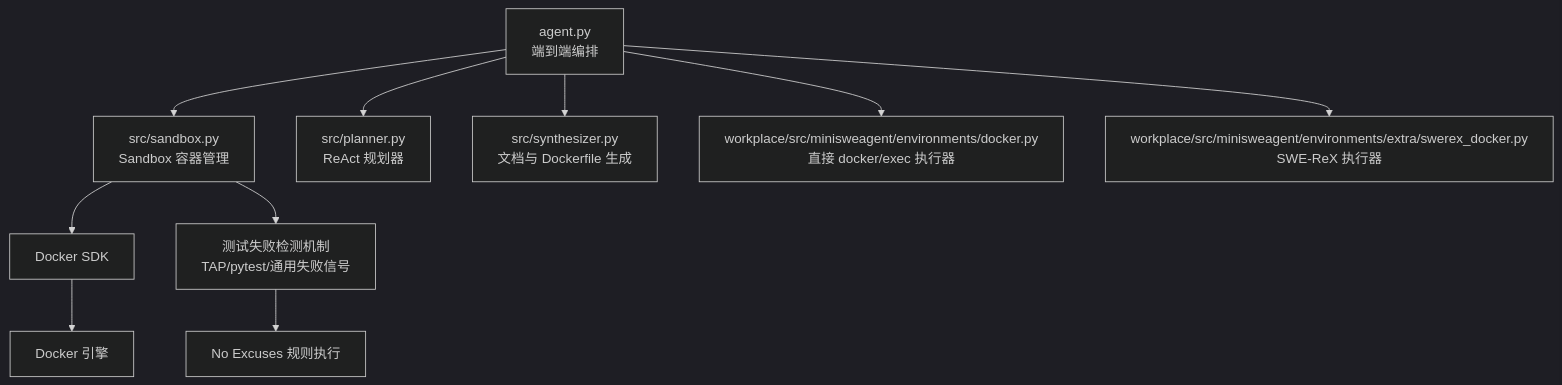
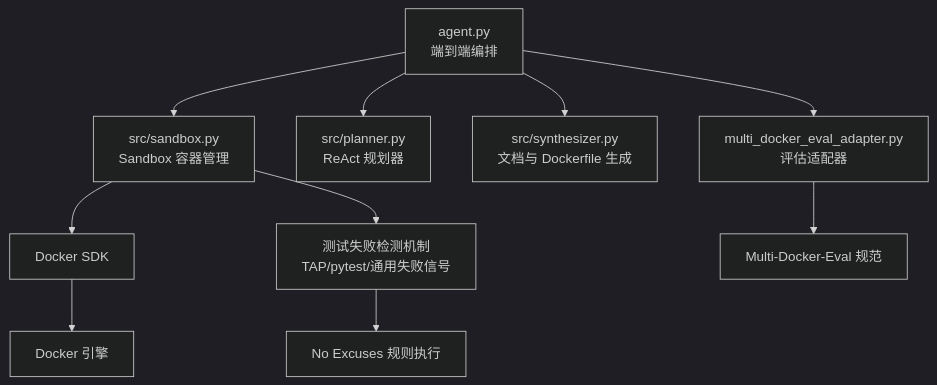
Before and after one commit to Jayint/Jayint-repo: the first of 5 diagrams in .qoder/repowiki/zh/content/核心组件/Sandbox 模块/Sandbox 模块.md, drawn with Mermaid (dark theme). The commit also changed other lines of this file and 497 other files, not shown here.

````diff
--- a/.qoder/repowiki/zh/content/核心组件/Sandbox 模块/Sandbox 模块.md
+++ b/.qoder/repowiki/zh/content/核心组件/Sandbox 模块/Sandbox 模块.md
@@ -54,12 +58,12 @@
 ```mermaid
 graph TB
 Agent["agent.py<br/>端到端编排"] --> Sandbox["src/sandbox.py<br/>Sandbox 容器管理"]
 Agent --> Planner["src/planner.py<br/>ReAct 规划器"]
 Agent --> Synthesizer["src/synthesizer.py<br/>文档与 Dockerfile 生成"]
 Sandbox --> DockerSDK["Docker SDK"]
 Sandbox --> TestFailureDetection["测试失败检测机制<br/>TAP/pytest/通用失败信号"]
 DockerSDK --> DockerEngine["Docker 引擎"]
-Agent --> EnvDirect["workplace/src/minisweagent/environments/docker.py<br/>直接 docker/exec 执行器"]
-Agent --> EnvSwrex["workplace/src/minisweagent/environments/extra/swerex_docker.py<br/>SWE-ReX 执行器"]
+Agent --> EvalAdapter["multi_docker_eval_adapter.py<br/>评估适配器"]
+EvalAdapter --> TestSpec["Multi-Docker-Eval 规范"]
 TestFailureDetection --> NoExcusesRule["No Excuses 规则执行"]
 ```
````
